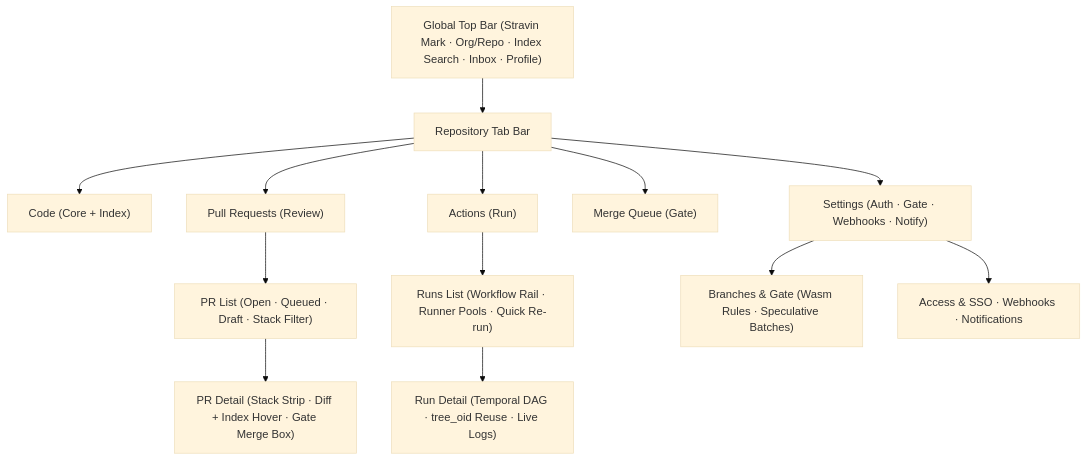
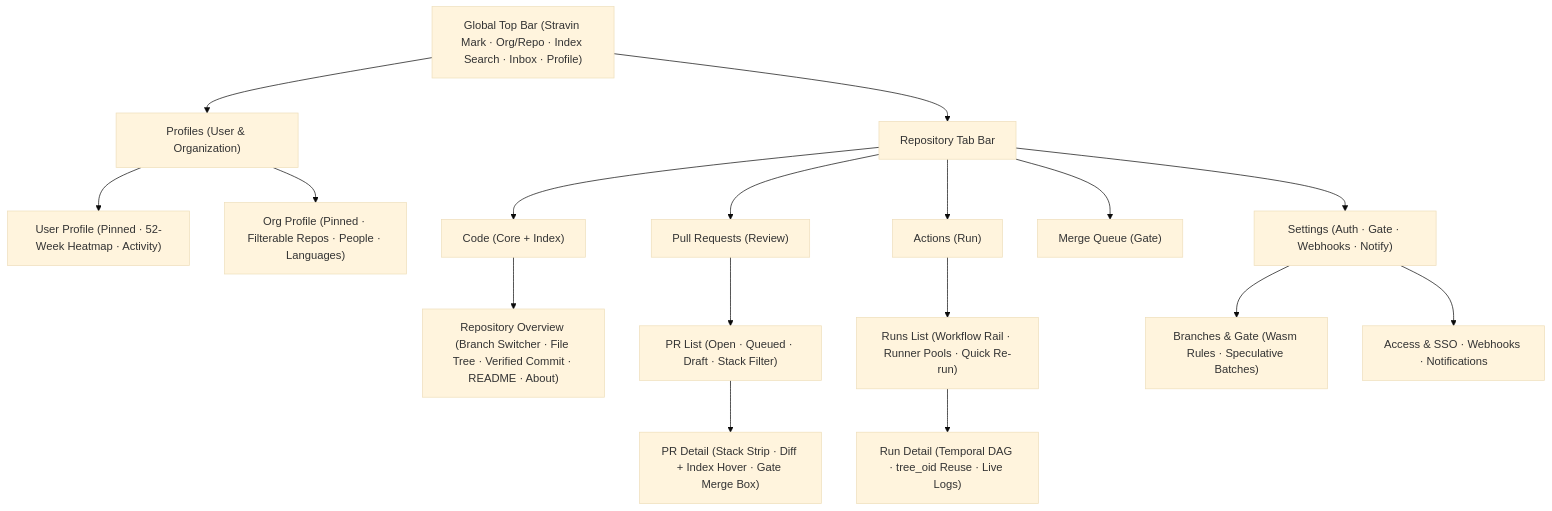
Before and after one commit to stravin-dev/architecture: the diagram in docs/ui/index.md, drawn with Mermaid (base theme). The commit also changed other lines of this file and 6 other files, not shown here.

Commit message:
docs(ui): add User/Org Profile and Repository Overview mockups and specs

````diff
--- a/docs/ui/index.md
+++ b/docs/ui/index.md
@@ -68,20 +68,26 @@
 ```mermaid
 flowchart TD
     Top["Global Top Bar (Stravin Mark · Org/Repo · Index Search · Inbox · Profile)"]
+    Top --> Profiles["Profiles (User & Organization)"]
     Top --> Tabs["Repository Tab Bar"]
+
+    Profiles --> UserProfile["User Profile (Pinned · 52-Week Heatmap · Activity)"]
+    Profiles --> OrgProfile["Org Profile (Pinned · Filterable Repos · People · Languages)"]
 
     Tabs --> Code["Code (Core + Index)"]
     Tabs --> PRs["Pull Requests (Review)"]
     Tabs --> Actions["Actions (Run)"]
     Tabs --> Queue["Merge Queue (Gate)"]
     Tabs --> Settings["Settings (Auth · Gate · Webhooks · Notify)"]
+
+    Code --> RepoOverview["Repository Overview (Branch Switcher · File Tree · Verified Commit · README · About)"]
 
     PRs --> PRList["PR List (Open · Queued · Draft · Stack Filter)"]
     PRList --> PRDetail["PR Detail (Stack Strip · Diff + Index Hover · Gate Merge Box)"]
 
     Actions --> RunList["Runs List (Workflow Rail · Runner Pools · Quick Re-run)"]
     RunList --> RunDetail["Run Detail (Temporal DAG · tree_oid Reuse · Live Logs)"]
 
     Settings --> SBranches["Branches & Gate (Wasm Rules · Speculative Batches)"]
     Settings --> SIntegrations["Access & SSO · Webhooks · Notifications"]
 ```
````
